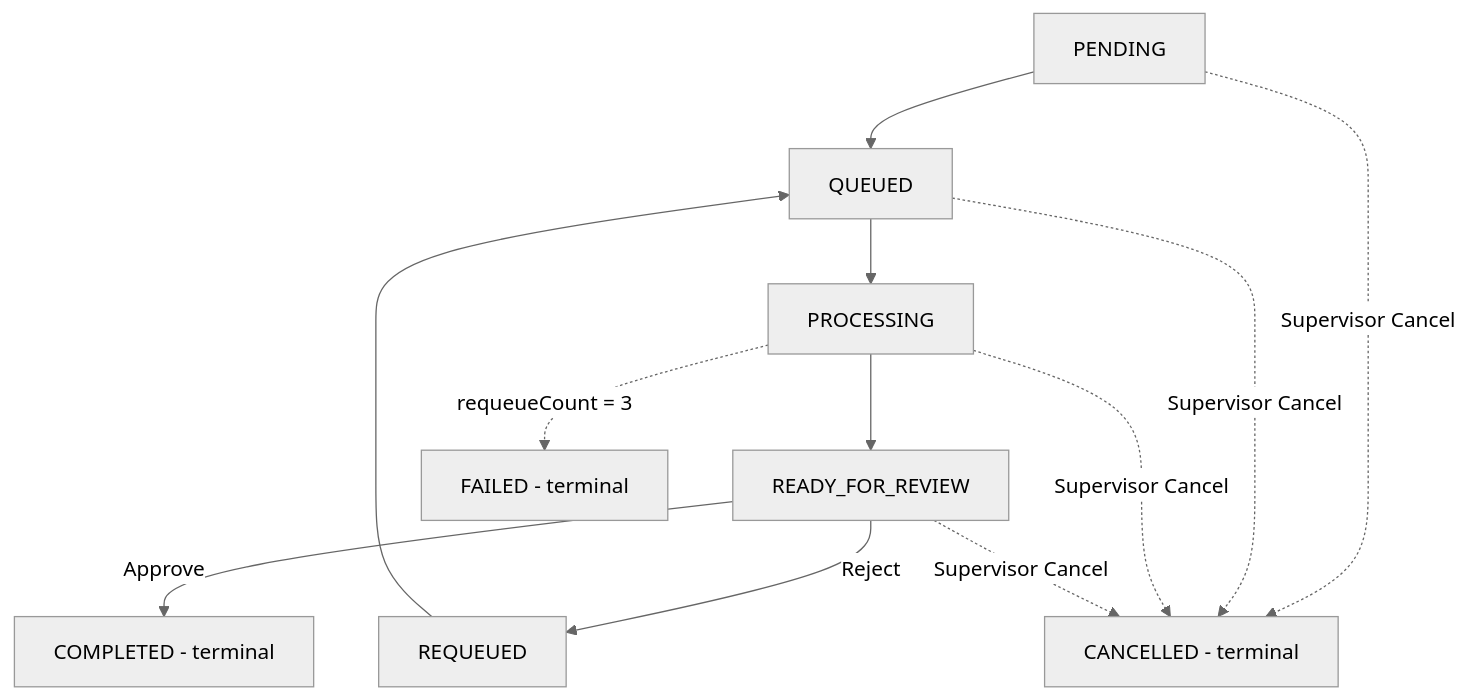
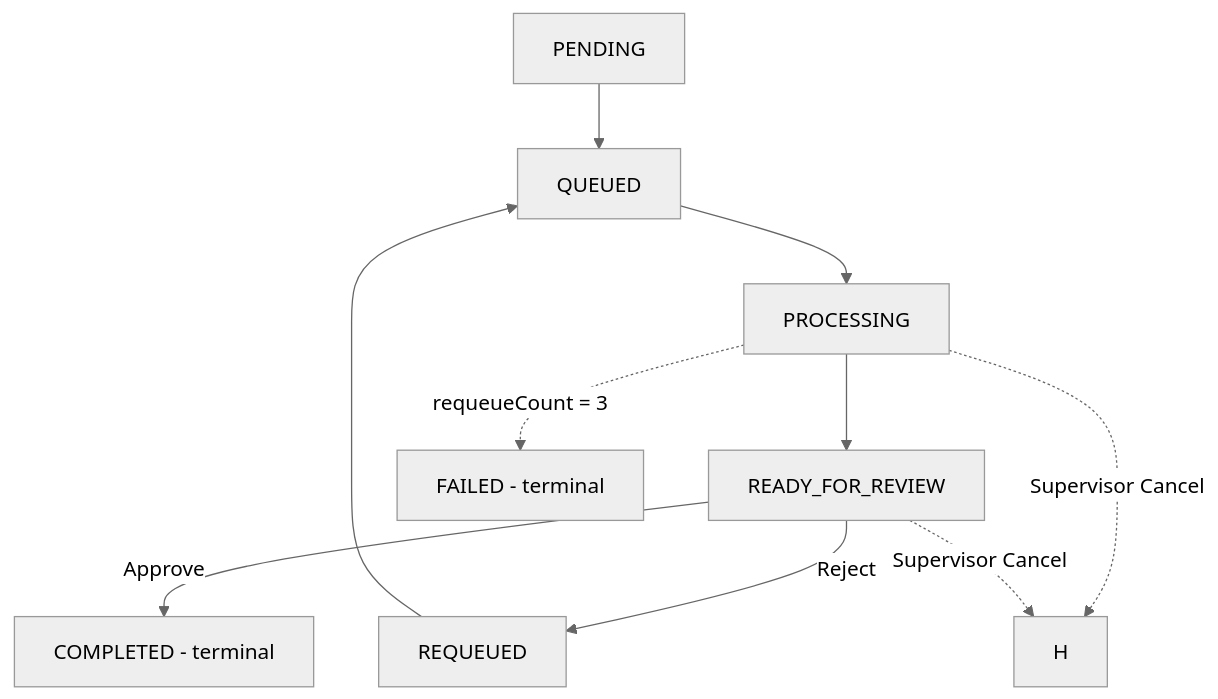
Before and after one commit to ShahedCE/Service-Management-Backend: the diagram in README.md, drawn with Mermaid (neutral theme).

Commit message:
update: README

````diff
--- a/README.md
+++ b/README.md
@@ -165,14 +165,12 @@
 ```mermaid
 flowchart TD
     A[PENDING] --> B[QUEUED]
     B --> C[PROCESSING]
     C --> D[READY_FOR_REVIEW]
     D -->|Approve| E[COMPLETED - terminal]
     D -->|Reject| F[REQUEUED]
     F --> B
     C -.->|requeueCount = 3| G[FAILED - terminal]
-    A -.->|Supervisor Cancel| H[CANCELLED - terminal]
-    B -.->|Supervisor Cancel| H
     C -.->|Supervisor Cancel| H
     D -.->|Supervisor Cancel| H
 ```
````
